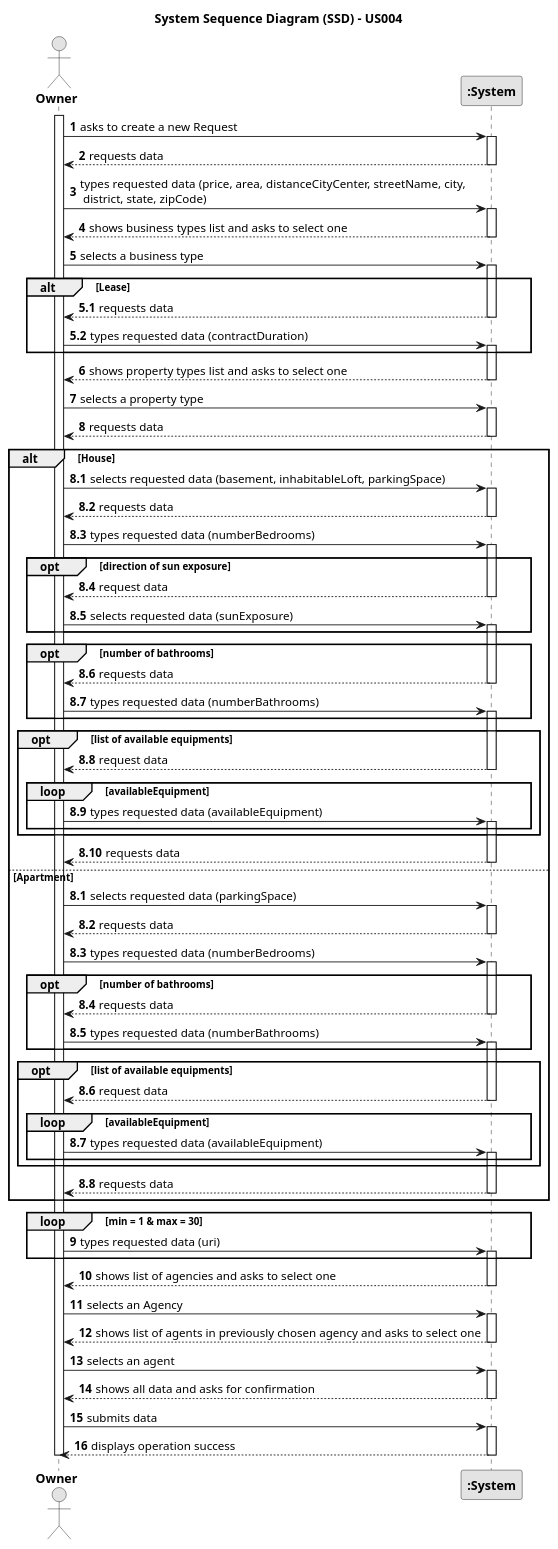
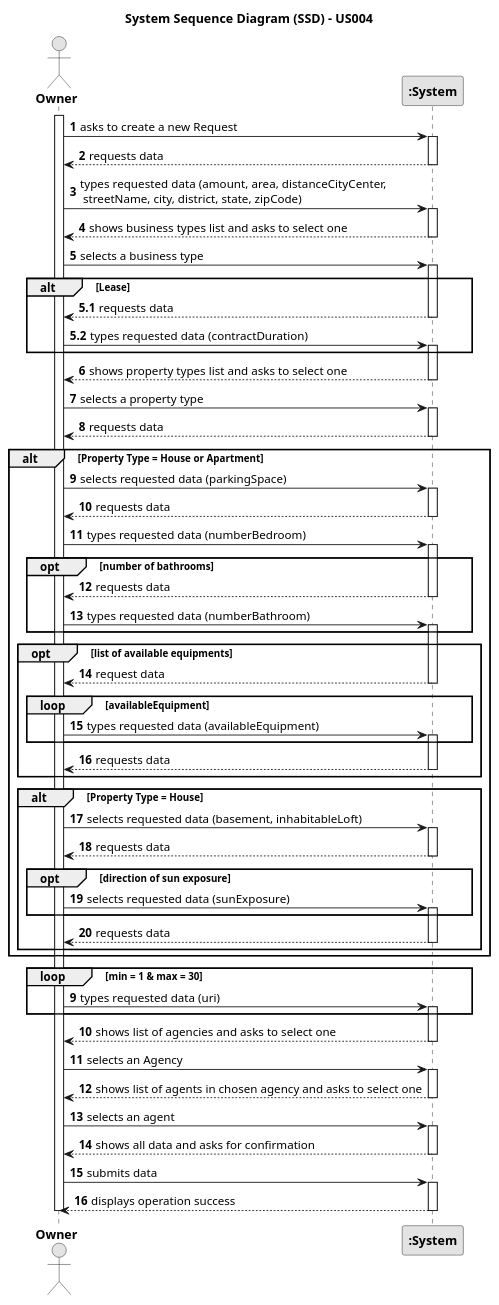
Before and after one commit to rita-barbosa/LAPR2-2223: the diagram in docs/sprintB/us004/01.requirements-engineering/puml/us004-system-sequence-diagram.puml, drawn with PlantUML. The commit also changed 4 other files, not shown here.

```diff
--- a/docs/sprintB/us004/01.requirements-engineering/puml/us004-system-sequence-diagram.puml
+++ b/docs/sprintB/us004/01.requirements-engineering/puml/us004-system-sequence-diagram.puml
@@ -1,197 +1,163 @@
 @startuml
 
 skinparam monochrome true
 skinparam packageStyle rectangle
 skinparam shadowing false
 
 actor "<b>Owner</b>" as Owner
 participant "<b>:System</b>" as System
 
 title System Sequence Diagram (SSD) - US004
 
 autonumber
 
 activate Owner
 
     Owner -> System : asks to create a new Request
 
         activate System
 
         System --> Owner : requests data
 
         deactivate System
 
-    Owner -> System : types requested data (price, area, distanceCityCenter, streetName, city,\n district, state, zipCode)
+    Owner -> System : types requested data (amount, area, distanceCityCenter,\n streetName, city, district, state, zipCode)
 
         activate System
 
         System --> Owner : shows business types list and asks to select one
 
         deactivate System
 
     Owner -> System : selects a business type
 
         activate System
 
             alt Lease
 
                 autonumber 5.1
                 System --> Owner : requests data
 
                 deactivate System
 
                 Owner -> System : types requested data (contractDuration)
 
                 activate System
 
             end alt
 
         autonumber 6
 
         activate System
 
         System --> Owner : shows property types list and asks to select one
 
         deactivate System
 
     Owner -> System : selects a property type
 
      activate System
 
      System --> Owner : requests data
 
      deactivate System
 
-     alt House
-         autonumber 8.1
+     alt Property Type = House or Apartment
 
-     Owner -> System : selects requested data (basement, inhabitableLoft, parkingSpace)
+            Owner -> System : selects requested data (parkingSpace)
 
-         activate System
+                 activate System
 
-         System --> Owner : requests data
-         deactivate System
+            System --> Owner : requests data
+                 deactivate System
 
-     Owner -> System : types requested data (numberBedrooms)
+            Owner -> System : types requested data (numberBedroom)
 
-         activate System
+                activate System
 
-             opt direction of sun exposure
+           opt number of bathrooms
 
-             System --> Owner : request data
-             deactivate System
+                        System --> Owner : requests data
+                        deactivate System
 
-     Owner -> System : selects requested data (sunExposure)
-             activate System
+                Owner -> System : types requested data (numberBathroom)
+                        activate System
 
-             end opt
+           end  opt
 
-            opt number of bathrooms
+                       opt list of available equipments
 
-             System --> Owner : requests data
-             deactivate System
+                        System --> Owner : request data
+                        deactivate System
 
-     Owner -> System : types requested data (numberBathrooms)
-             activate System
+                            loop availableEquipment
 
-            end  opt
+                Owner -> System : types requested data (availableEquipment)
 
-            opt list of available equipments
+                                activate System
+                            end loop
 
-             System --> Owner : request data
-             deactivate System
+            System --> Owner : requests data
 
-                 loop availableEquipment
-
-     Owner -> System : types requested data (availableEquipment)
-
-                     activate System
-                 end loop
-
-             end opt
-
-         System --> Owner : requests data
-         deactivate System
-
-     else Apartment
-
-         autonumber 8.1
-
-     Owner -> System : selects requested data (parkingSpace)
-
-         activate System
-
-         System --> Owner : requests data
-
-         deactivate System
-
-     Owner -> System : types requested data (numberBedrooms)
-
-         activate System
-
-        opt number of bathrooms
-
-         System --> Owner : requests data
-         deactivate System
-
-     Owner -> System : types requested data (numberBathrooms)
-
-         activate System
-
-        end  opt
-
-        opt list of available equipments
-
-            System --> Owner : request data
             deactivate System
 
-             loop availableEquipment
+            end opt
 
-     Owner -> System : types requested data (availableEquipment)
+           alt Property Type = House
 
-                 activate System
-             end loop
+              Owner -> System : selects requested data (basement, inhabitableLoft)
 
-        end opt
+              activate System
 
-         System --> Owner : requests data
-         deactivate System
+              System --> Owner : requests data
+              deactivate System
 
-         end alt
+              opt direction of sun exposure
+
+                   Owner -> System : selects requested data (sunExposure)
+                   activate System
+              end opt
+
+               System --> Owner : requests data
+               deactivate System
+
+           end alt
+
+     end alt
 
         loop min = 1 & max = 30
 
             autonumber 9
 
      Owner -> System : types requested data (uri)
 
             activate System
         end loop
 
     System --> Owner : shows list of agencies and asks to select one
     deactivate System
 
      Owner -> System : selects an Agency
 
         activate System
 
-        System --> Owner : shows list of agents in previously chosen agency and asks to select one
+        System --> Owner : shows list of agents in chosen agency and asks to select one
         deactivate System
 
      Owner -> System : selects an agent
 
         activate System
 
         System --> Owner : shows all data and asks for confirmation
 
         deactivate System
 
      Owner -> System : submits data
 
         activate System
 
         System --> Owner : displays operation success
         deactivate System
 
 deactivate Owner
 @enduml
```
